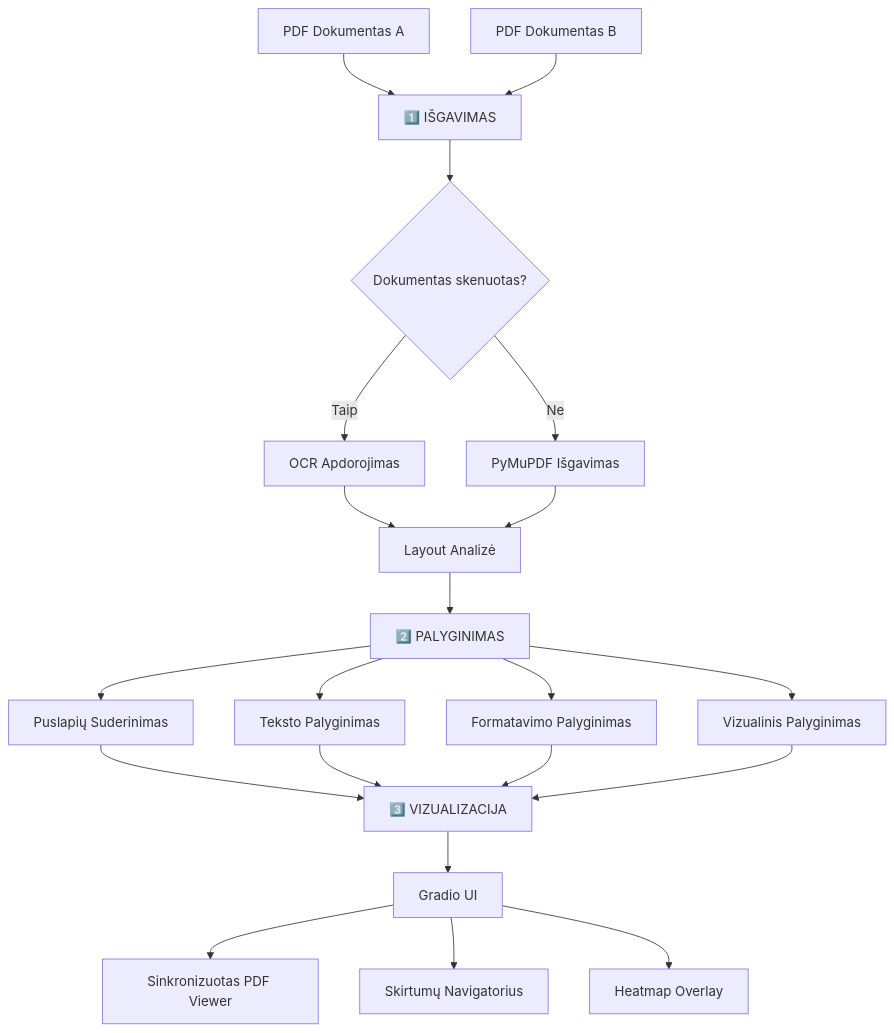
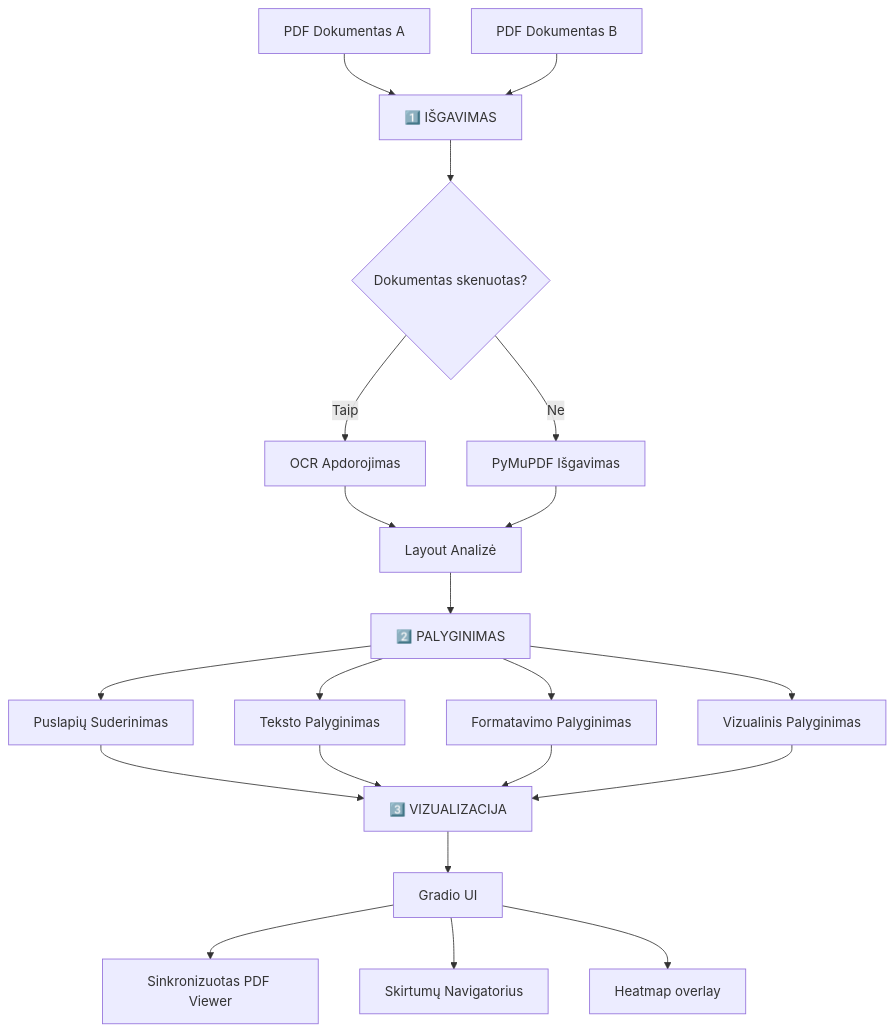
One commit to airidas23/-AI-Document-Comparison-System changed the diagram in docs/pristatymas/pristatymas_sistema.md. Above: the diagram before and after it, drawn with Mermaid. The commit also changed other lines of this file and 4 other files, not shown here.

````diff
--- a/docs/pristatymas/pristatymas_sistema.md
+++ b/docs/pristatymas/pristatymas_sistema.md
@@ -30,29 +30,29 @@
 ```mermaid
 flowchart TD
     A[PDF Dokumentas A] --> B[1️⃣ IŠGAVIMAS]
     C[PDF Dokumentas B] --> B
     
     B --> D{Dokumentas skenuotas?}
     D -->|Taip| E[OCR Apdorojimas]
     D -->|Ne| F[PyMuPDF Išgavimas]
     
     E --> G[Layout Analizė]
     F --> G
     
     G --> H[2️⃣ PALYGINIMAS]
     
     H --> I[Puslapių Suderinimas]
     H --> J[Teksto Palyginimas]
     H --> K[Formatavimo Palyginimas]
     H --> L[Vizualinis Palyginimas]
     
     I --> M[3️⃣ VIZUALIZACIJA]
     J --> M
     K --> M
     L --> M
     
     M --> N[Gradio UI]
     N --> O[Sinkronizuotas PDF Viewer]
     N --> P[Skirtumų Navigatorius]
-    N --> Q[Heatmap Overlay]
+    N --> Q[Heatmap overlay]
 ```
````
